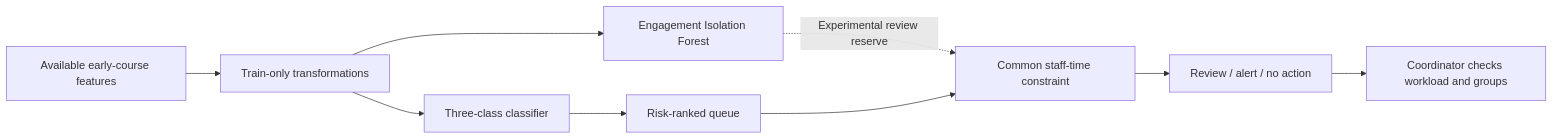
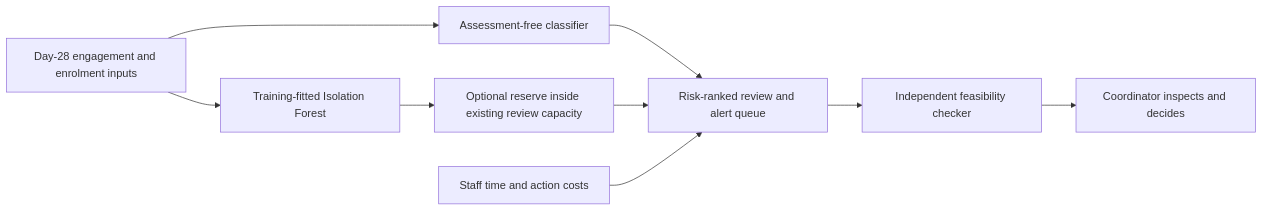
The diagram in final/docs/final_report.md (oj9o/talentroute-learner-support), drawn with Mermaid before and after one commit. The commit also changed other lines of this file and 4 other files, not shown here.

````diff
--- a/final/docs/final_report.md
+++ b/final/docs/final_report.md
@@ -34,11 +23,11 @@
 ```mermaid
 flowchart LR
- A[Available early-course features] --> B[Train-only transformations]
- B --> C[Three-class classifier]
- B --> D[Engagement Isolation Forest]
- C --> E[Risk-ranked queue]
- D -. Experimental review reserve .-> F[Common staff-time constraint]
- E --> F
- F --> G[Review / alert / no action]
- G --> H[Coordinator checks workload and groups]
+    A[Day-28 engagement and enrolment inputs] --> B[Assessment-free classifier]
+    A --> C[Training-fitted Isolation Forest]
+    B --> D[Risk-ranked review and alert queue]
+    C --> E[Optional reserve inside existing review capacity]
+    E --> D
+    F[Staff time and action costs] --> D
+    D --> G[Independent feasibility checker]
+    G --> H[Coordinator inspects and decides]
 ```
````
